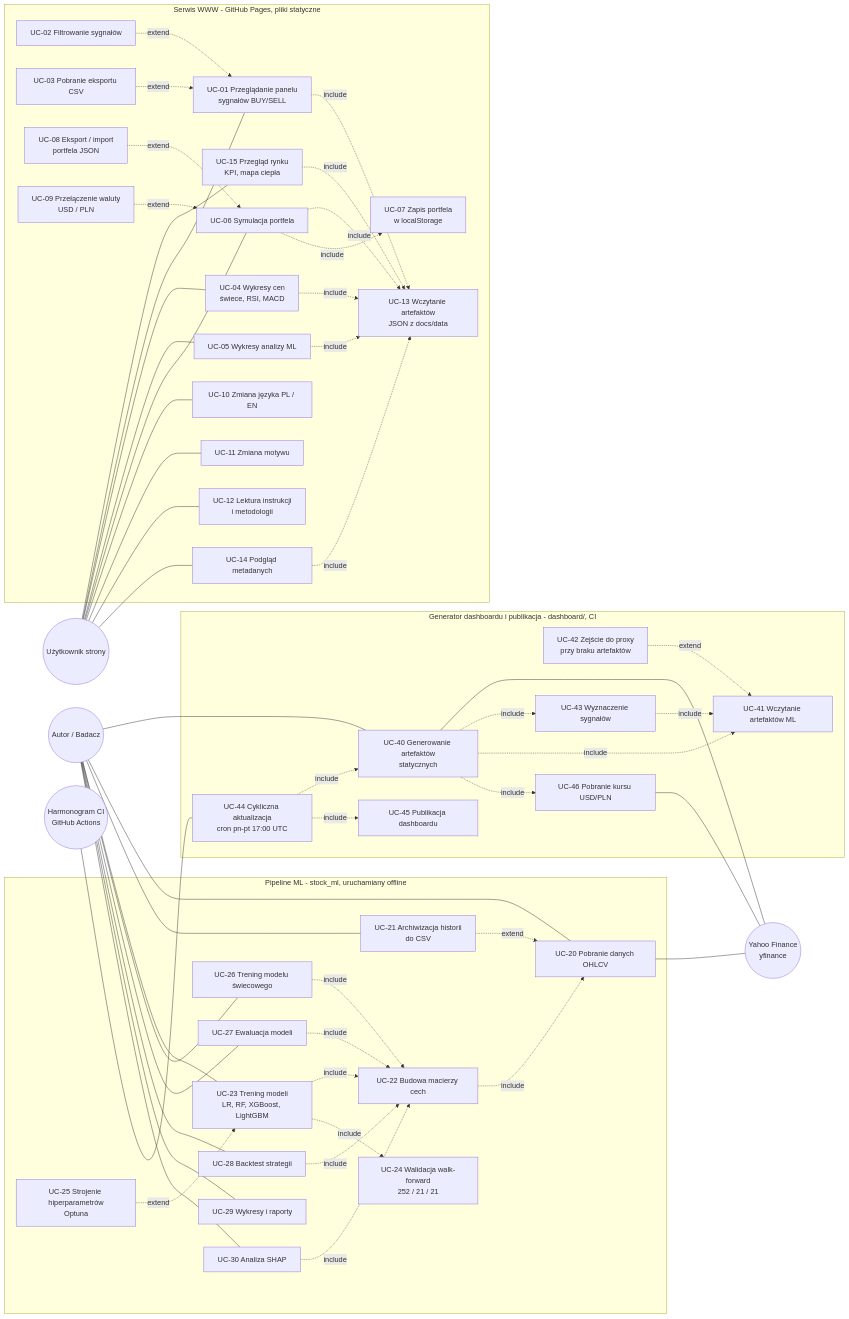
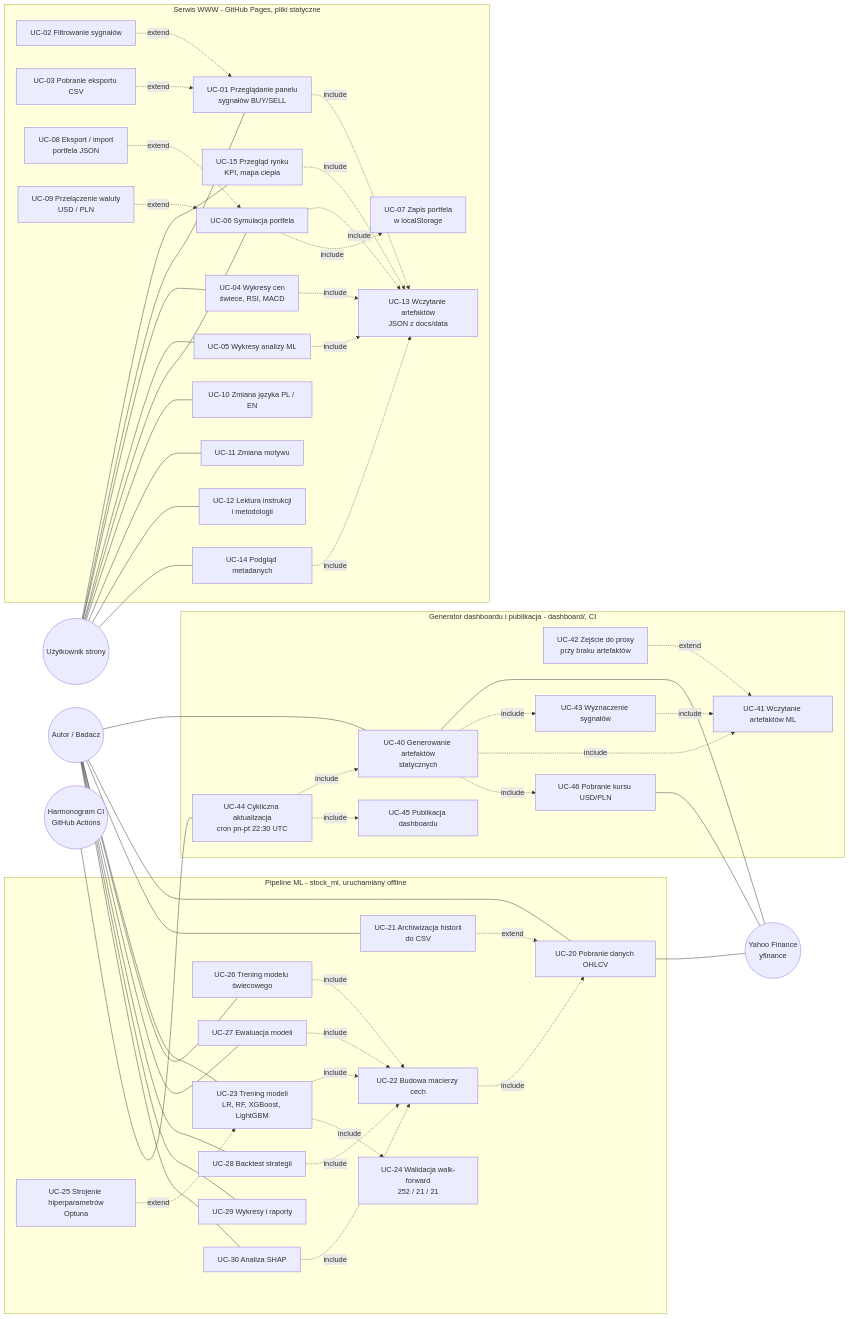
One commit to K4j745/stock changed the first of 3 diagrams in docs/engineering/README.md. Above: the diagram before and after it, drawn with Mermaid. The commit also changed 8 other files, not shown here.

```diff
--- a/docs/engineering/README.md
+++ b/docs/engineering/README.md
@@ -94,7 +94,7 @@
         UC41["UC-41 Wczytanie artefaktów ML"]
         UC42["UC-42 Zejście do proxy<br/>przy braku artefaktów"]
         UC43["UC-43 Wyznaczenie sygnałów"]
-        UC44["UC-44 Cykliczna aktualizacja<br/>cron pn-pt 17:00 UTC"]
+        UC44["UC-44 Cykliczna aktualizacja<br/>cron pn-pt 22:30 UTC"]
         UC45["UC-45 Publikacja dashboardu"]
         UC46["UC-46 Pobranie kursu USD/PLN"]
     end
```
